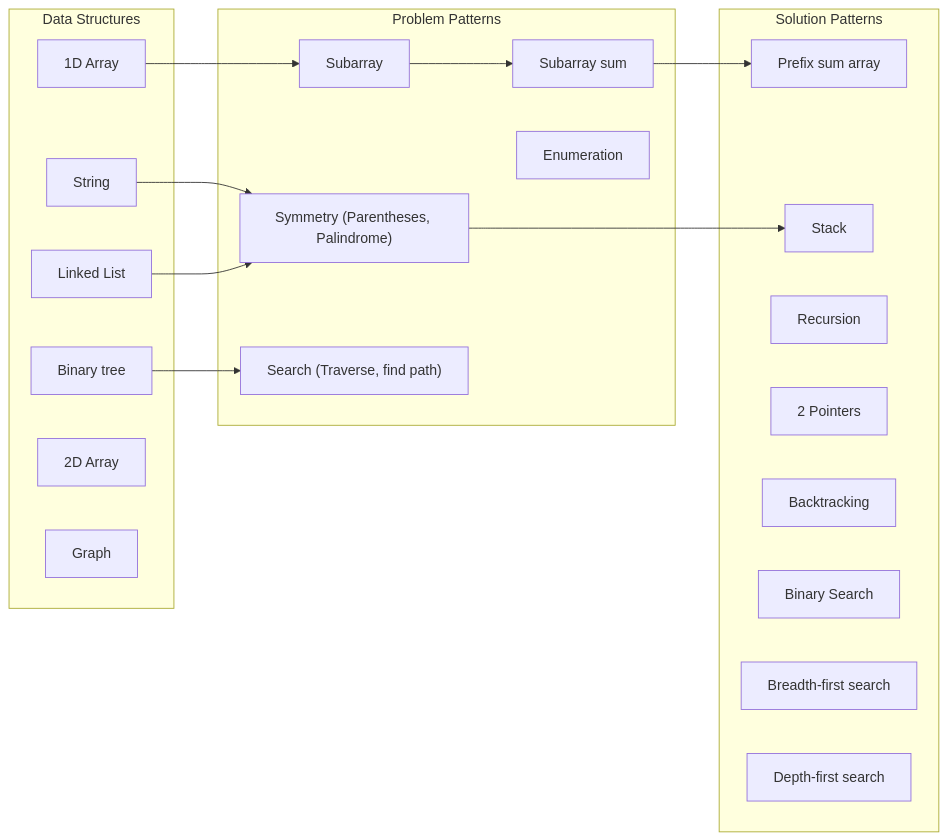
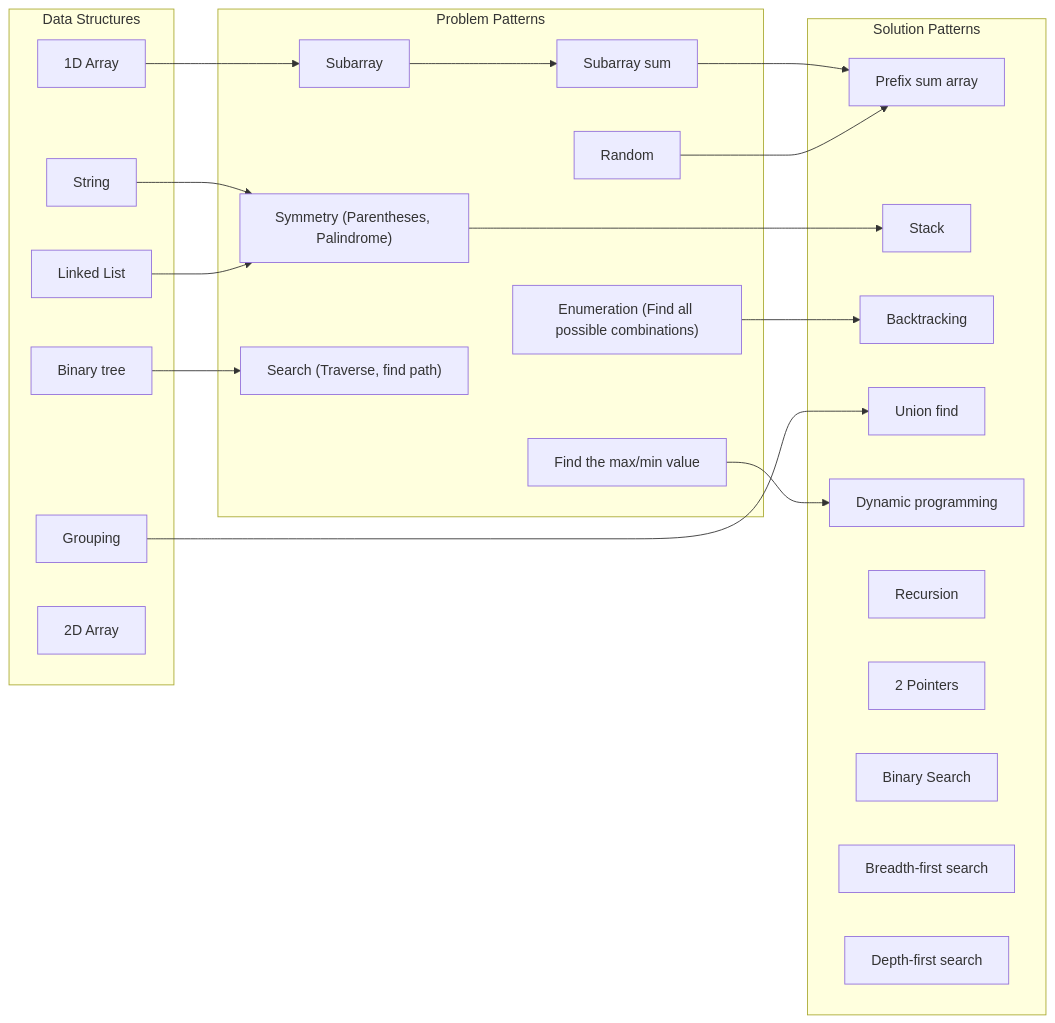
Before and after one commit to wuyichen24/coding-interview: the diagram in README.md, drawn with Mermaid.

````diff
--- a/README.md
+++ b/README.md
@@ -103,43 +103,52 @@
 ```mermaid
 flowchart LR
    %% data structure --> problem
    1DA-->SA
    ST-->SY
    LL-->SY
    BIT-->SC
    
    %% problem --> solution
    SAS-->PSA
    SY-->SK
+   EN-->BT
+   GP-->UF
+   RD-->PSA
+   FMM-->DP
 
    %% problem internal
    SA-->SAS
 
    subgraph datastructureSG ["Data Structures"]
       1DA["1D Array"]
       2DA["2D Array"]
       LL["Linked List"]
       ST["String"]
       BIT["Binary tree"]
       GP["Graph"]
    end
 
    subgraph problemSG ["Problem Patterns"]
       SA["Subarray"]
       SAS["Subarray sum"]
       SY["Symmetry (Parentheses, Palindrome)"]
-      EN["Enumeration"]
+      EN["Enumeration (Find all possible combinations)"]
       SC["Search (Traverse, find path)"]
+      GP["Grouping"]
+      RD["Random"]
+      FMM["Find the max/min value"]
    end
 
    subgraph solutionSG [Solution Patterns]
       PSA["Prefix sum array"]
       RC["Recursion"]
       2P["2 Pointers"]
       SK["Stack"]
       BT["Backtracking"]
       BS["Binary Search"]
       BFS["Breadth-first search"]
       DFS["Depth-first search"]
+      UF["Union find"]
+      DP["Dynamic programming"]
    end
 ```
````
